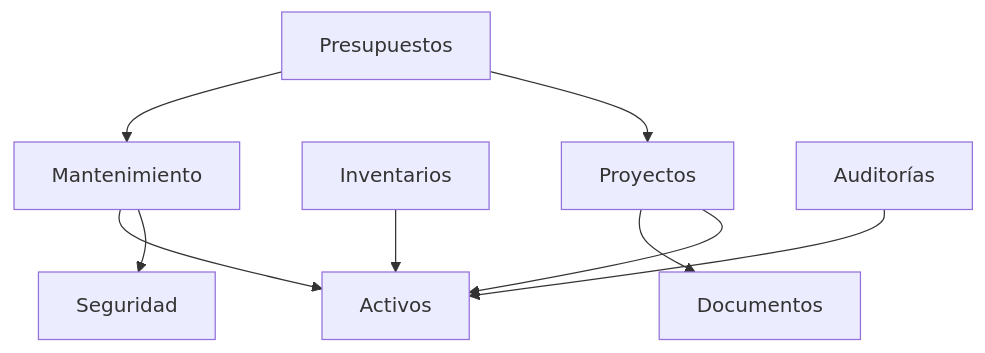
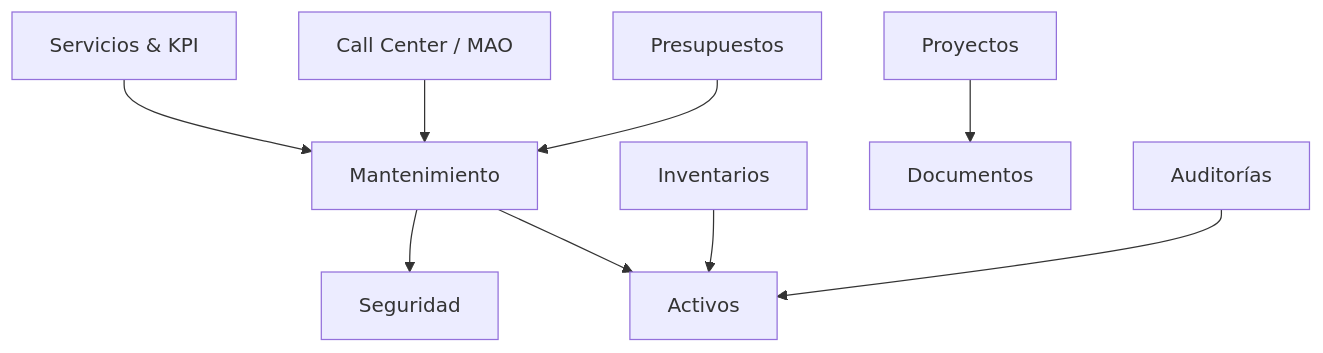
Before and after one commit to sajaldi/energy: the diagram in SYSTEM_DOCUMENTATION.md, drawn with Mermaid. The commit also changed other lines of this file and 32 other files, not shown here.

Commit message:
feat: Implement Requisition Authorization Flow with Power Automate Integration

````diff
--- a/SYSTEM_DOCUMENTATION.md
+++ b/SYSTEM_DOCUMENTATION.md
@@ -9,11 +8,11 @@
 ```mermaid
 graph TD
     M[Mantenimiento] --> A[Activos]
     M --> S[Seguridad]
     I[Inventarios] --> A
+    B[Presupuestos] --> M
     P[Proyectos] --> D[Documentos]
-    P --> A
-    B[Presupuestos] --> M
-    B --> P
     AU[Auditorías] --> A
+    CC[Call Center / MAO] --> M
+    SRV[Servicios & KPI] --> M
 ```
````
